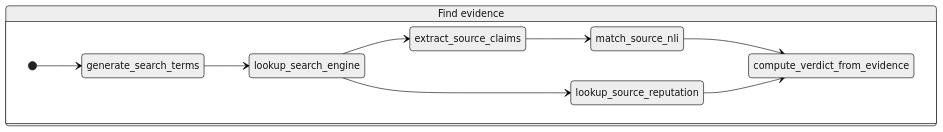
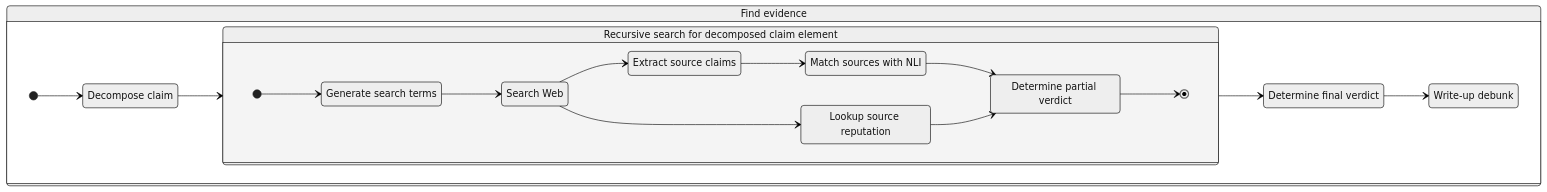
One commit to marcinsawinski/llm_explore changed the seventh of 7 diagrams in process/latex/process_fc.md. Above: the diagram before and after it, drawn with Mermaid. The commit also changed other lines of this file, not shown here.

````diff
--- a/process/latex/process_fc.md
+++ b/process/latex/process_fc.md
@@ -148,19 +200,37 @@
 ```mermaid
 stateDiagram
   direction TB
 %%{init: {'theme':'neutral'}}%%
 %%% 
 evidence_find: Find evidence
 %%%
+decompose_claim: Decompose claim
+search_decomposed: Recursive search for decomposed claim element
+generate_search_terms: Generate search terms
+search_web: Search Web
+extract_source_claims: Extract source claims
+match_source_nli: Match sources with NLI
+partial_verdict_from_evidence: Determine partial verdict
+final_verdict_from_evidence: Determine final verdict
+lookup_source_reputation: Lookup source reputation
+writeup_debunk: Write-up debunk
+%%%
 state evidence_find {
+  [*] --> decompose_claim 
+  decompose_claim --> search_decomposed
   direction LR
+    state search_decomposed {
+      direction LR
 
     [*] --> generate_search_terms
-    generate_search_terms --> lookup_search_engine
-    lookup_search_engine --> lookup_source_reputation
-    lookup_search_engine --> extract_source_claims
+    generate_search_terms --> search_web
+    search_web --> lookup_source_reputation
+    search_web --> extract_source_claims
     extract_source_claims --> match_source_nli
-    match_source_nli --> compute_verdict_from_evidence
-    lookup_source_reputation --> compute_verdict_from_evidence
+    match_source_nli --> partial_verdict_from_evidence
+    lookup_source_reputation --> partial_verdict_from_evidence partial_verdict_from_evidence --> [*]
+    }
+    search_decomposed --> final_verdict_from_evidence
+    final_verdict_from_evidence --> writeup_debunk
   }
 ```
````
